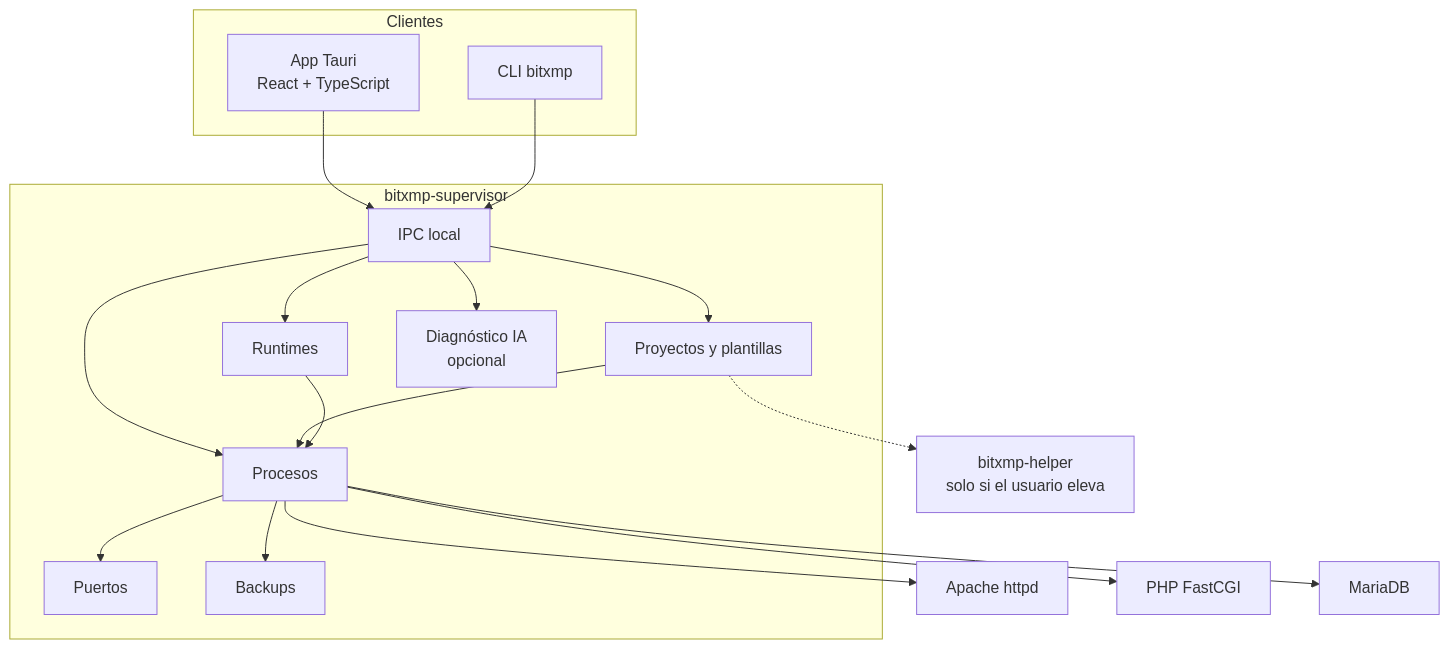
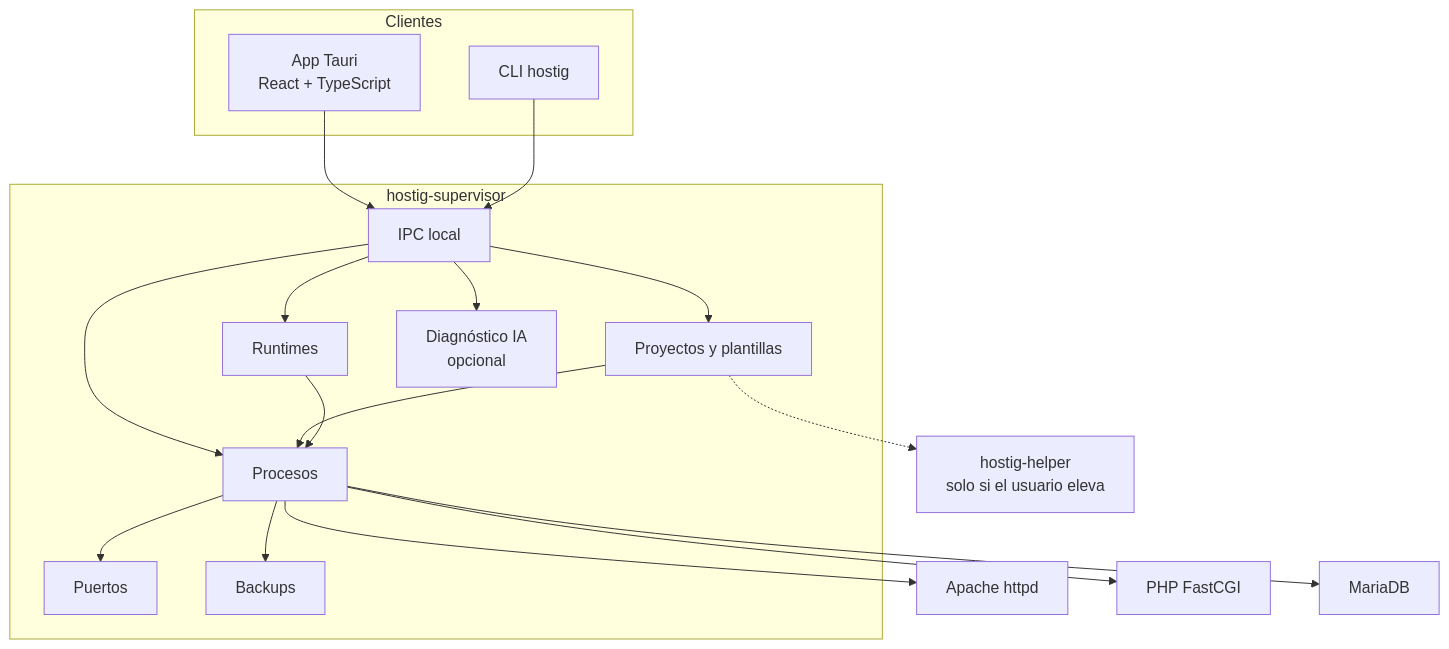
The first of 2 diagrams in docs/ARCHITECTURE.md (JaumeAG/hostig), drawn with Mermaid before and after one commit. The commit also changed other lines of this file and 10 other files, not shown here.

First line of the commit message:
Rename the project from BITXMP to Hostig.

````diff
--- a/docs/ARCHITECTURE.md
+++ b/docs/ARCHITECTURE.md
@@ -21,32 +21,32 @@
 ```mermaid
 flowchart TB
   subgraph clientes [Clientes]
     UI["App Tauri<br/>React + TypeScript"]
-    CLI["CLI bitxmp"]
+    CLI["CLI hostig"]
   end
 
-  subgraph supervisor [bitxmp-supervisor]
+  subgraph supervisor [hostig-supervisor]
     IPC[IPC local]
     RT[Runtimes]
     PR[Proyectos y plantillas]
     PS[Procesos]
     PT[Puertos]
     BK[Backups]
     DG["Diagnóstico IA<br/>opcional"]
   end
 
   UI --> IPC
   CLI --> IPC
   IPC --> RT
   IPC --> PR
   IPC --> PS
   IPC --> DG
   PR --> PS
   PS --> PT
   PS --> BK
   RT --> PS
   PS --> Apache[Apache httpd]
   PS --> PHP[PHP FastCGI]
   PS --> DB[MariaDB]
-  PR -.-> Helper["bitxmp-helper<br/>solo si el usuario eleva"]
+  PR -.-> Helper["hostig-helper<br/>solo si el usuario eleva"]
 ```
````
